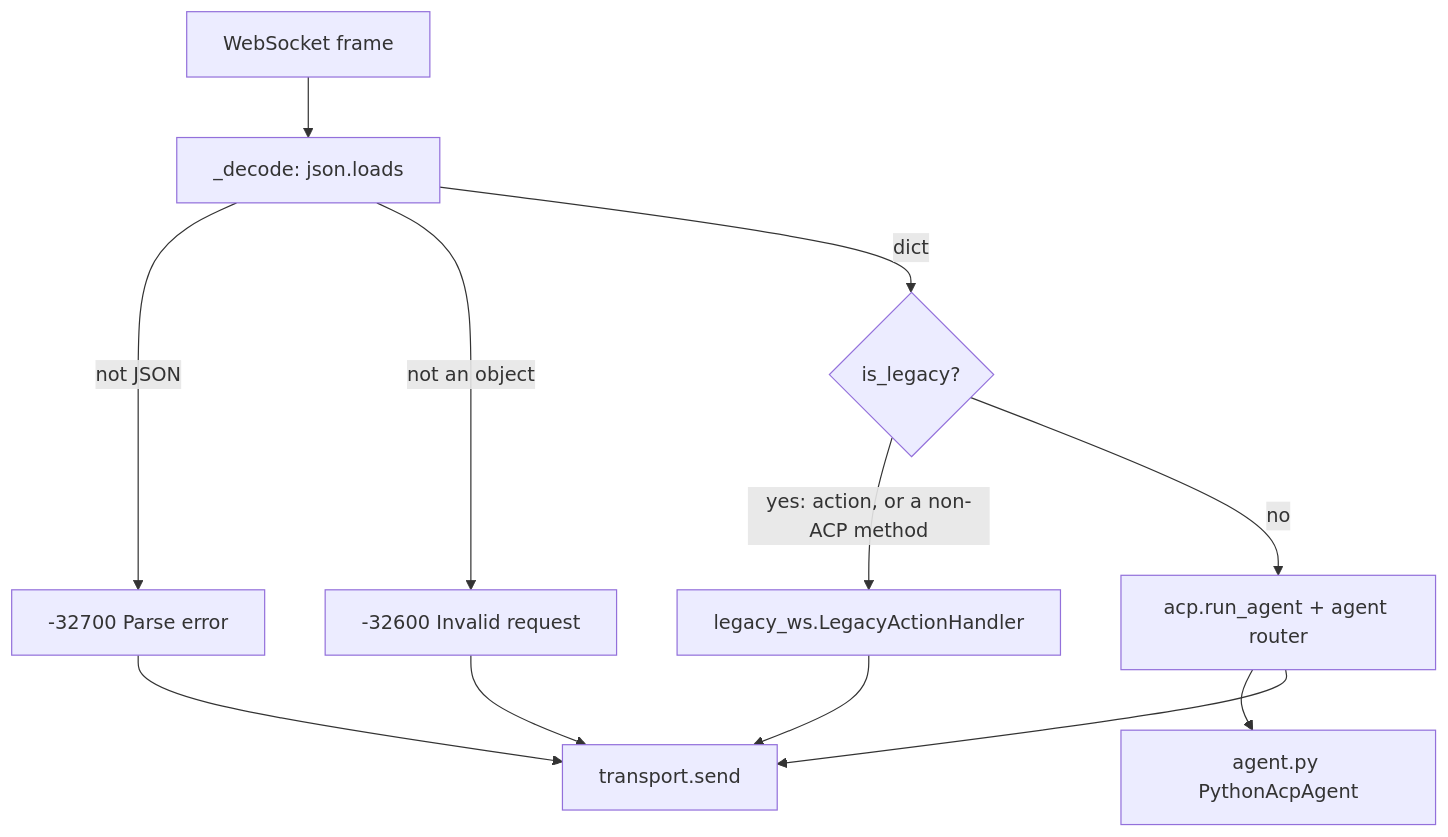
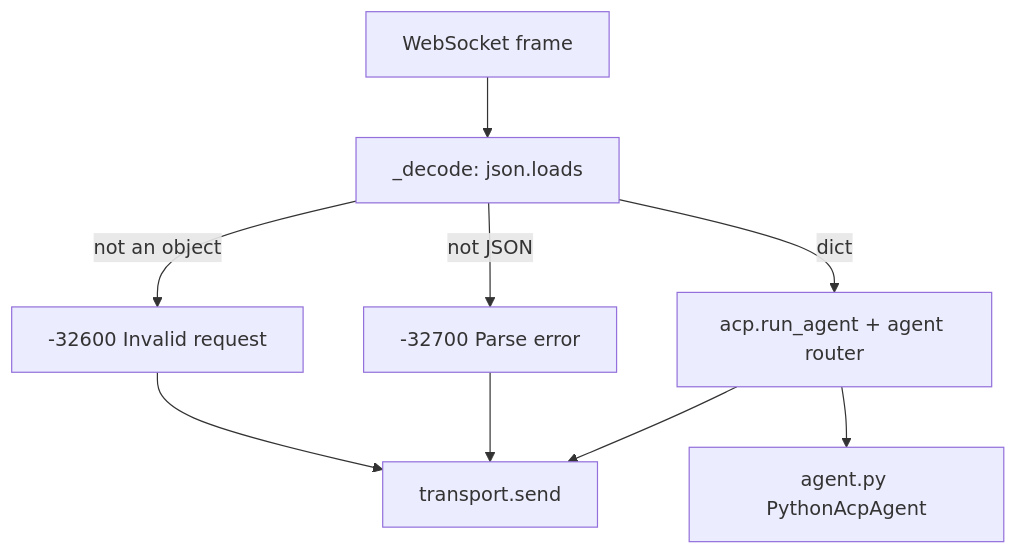
The diagram in src/python_acp/transport_ws.md (Digital-Dimentia/python-acp), drawn with Mermaid before and after one commit. The commit also changed other lines of this file and 23 other files, not shown here.

````diff
--- a/src/python_acp/transport_ws.md
+++ b/src/python_acp/transport_ws.md
@@ -41,14 +42,11 @@
 ```mermaid
 flowchart TD
     Frame["WebSocket frame"] --> Decode["_decode: json.loads"]
     Decode -- "not JSON" --> Parse["-32700 Parse error"]
     Decode -- "not an object" --> Invalid["-32600 Invalid request"]
-    Decode -- "dict" --> Legacy{"is_legacy?"}
-    Legacy -- "yes: action, or a non-ACP method" --> Handler["legacy_ws.LegacyActionHandler"]
-    Legacy -- "no" --> SDK["acp.run_agent + agent router"]
+    Decode -- "dict" --> SDK["acp.run_agent + agent router"]
     SDK --> Agent["agent.py PythonAcpAgent"]
-    Handler --> Send["transport.send"]
-    SDK --> Send
+    SDK --> Send["transport.send"]
     Parse --> Send
     Invalid --> Send
 ```
````
